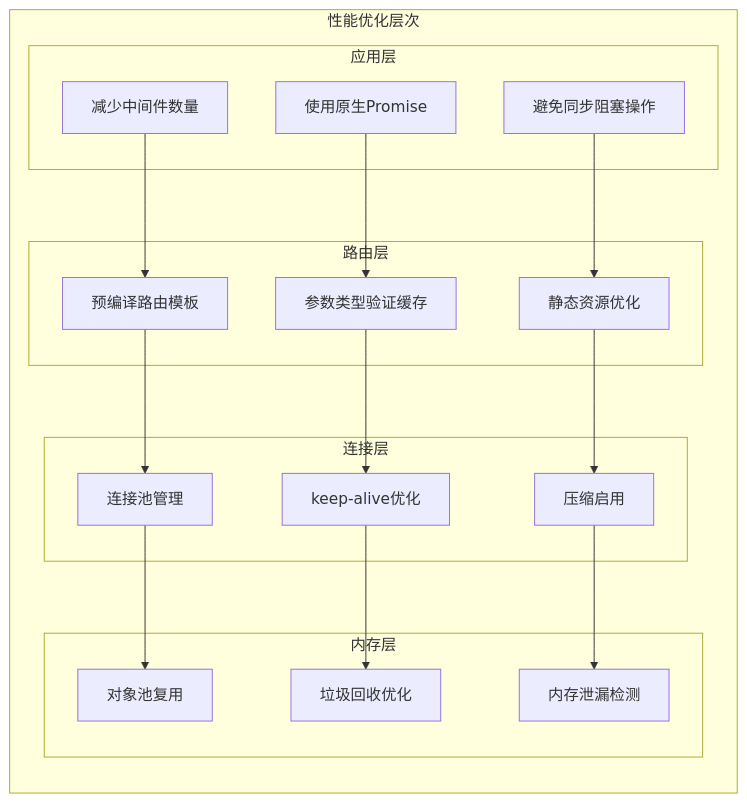
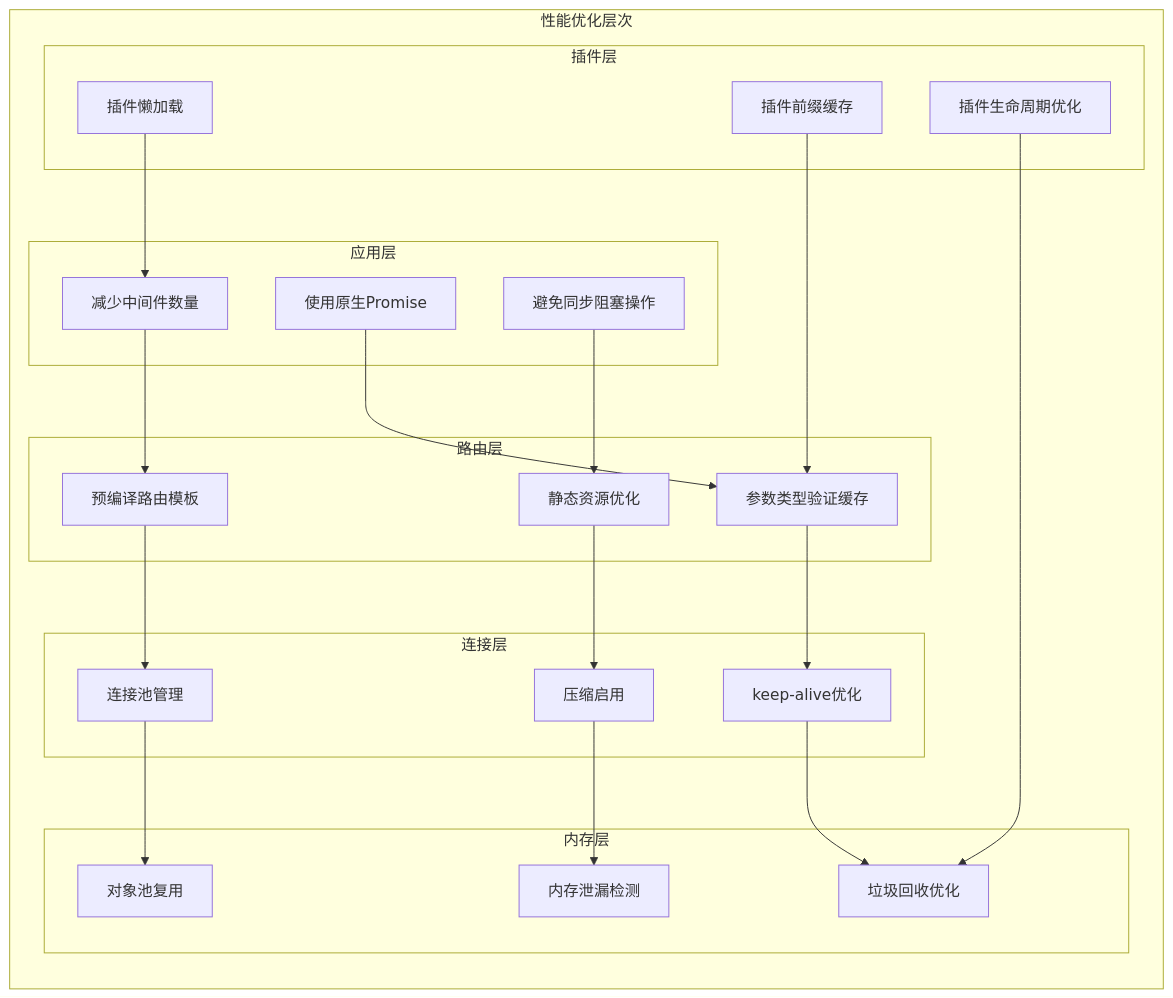
The tenth of 14 diagrams in .qoder/repowiki/zh/content/后端框架测试/Fastify高性能框架测试.md (esa-sp/test-for-aone-ci), drawn with Mermaid before and after one commit. The commit also changed other lines of this file and 119 other files, not shown here.

````diff
--- a/.qoder/repowiki/zh/content/后端框架测试/Fastify高性能框架测试.md
+++ b/.qoder/repowiki/zh/content/后端框架测试/Fastify高性能框架测试.md
@@ -277,34 +428,42 @@
 ```mermaid
 graph LR
 subgraph "性能优化层次"
 subgraph "应用层"
 A1[减少中间件数量]
 A2[使用原生Promise]
 A3[避免同步阻塞操作]
 end
 subgraph "路由层"
 R1[预编译路由模板]
 R2[参数类型验证缓存]
 R3[静态资源优化]
 end
 subgraph "连接层"
 C1[连接池管理]
 C2[keep-alive优化]
 C3[压缩启用]
 end
 subgraph "内存层"
 M1[对象池复用]
 M2[垃圾回收优化]
 M3[内存泄漏检测]
 end
+subgraph "插件层"
+P1[插件懒加载]
+P2[插件前缀缓存]
+P3[插件生命周期优化]
+end
 end
 A1 --> R1
 A2 --> R2
 A3 --> R3
 R1 --> C1
 R2 --> C2
 R3 --> C3
 C1 --> M1
 C2 --> M2
 C3 --> M3
+P1 --> A1
+P2 --> R2
+P3 --> M2
 ```
````
